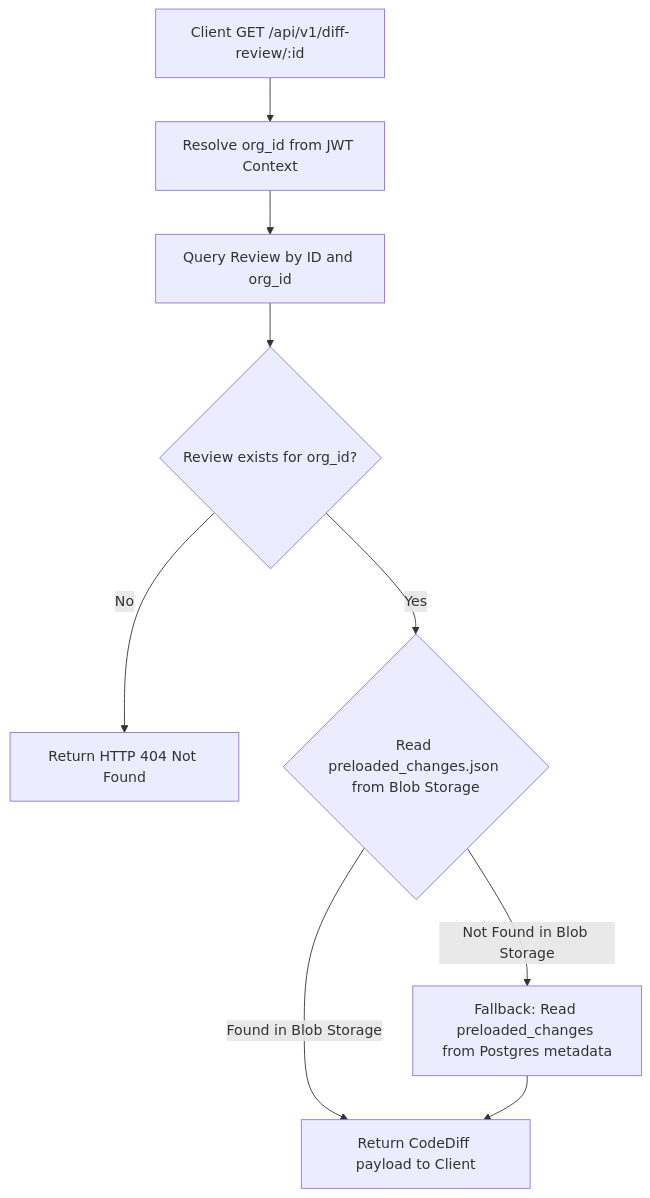
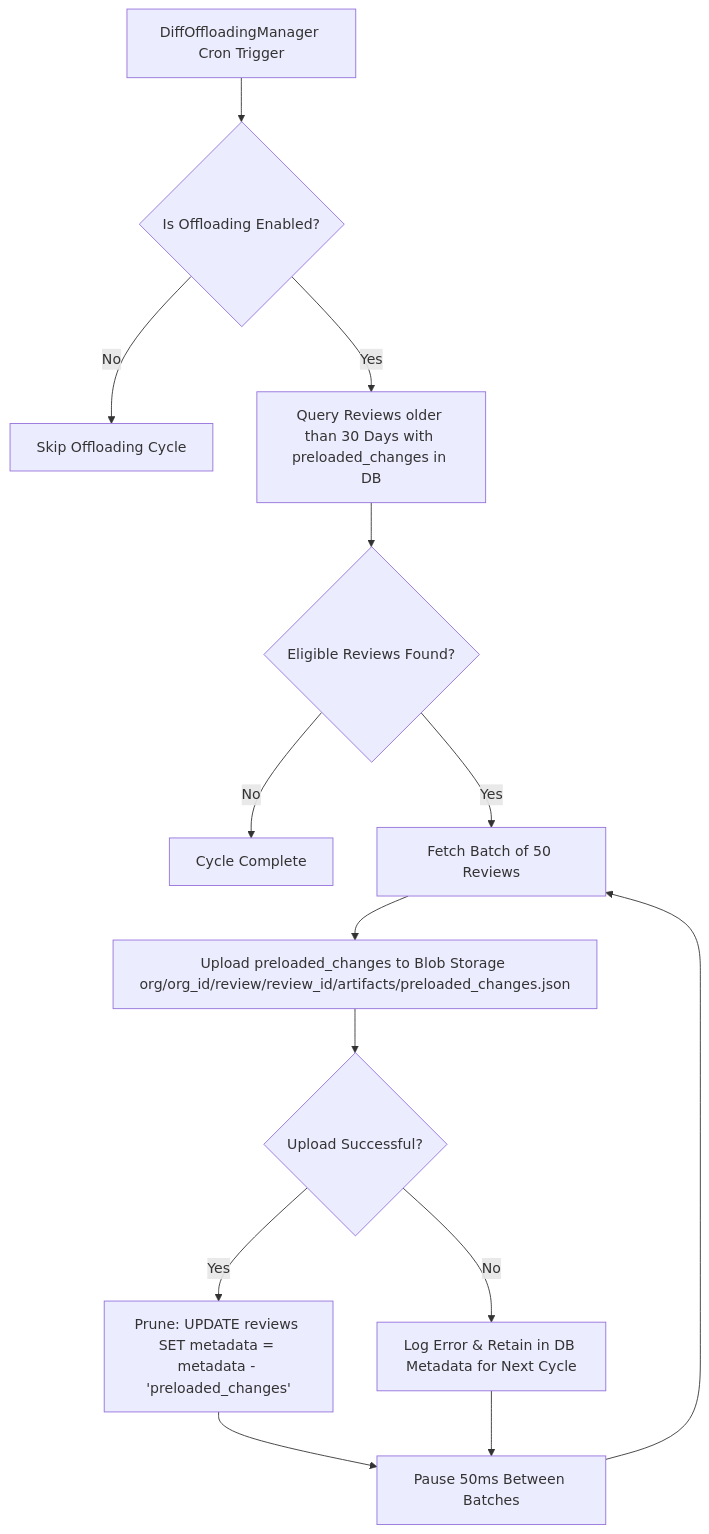
One commit to HexmosTech/LiveReview changed the third of 4 diagrams in docs/architecture/diff_storage_offloading.md. Above: the diagram before and after it, drawn with Mermaid. The commit also changed other lines of this file and 11 other files, not shown here.

Commit message:
Implement Diff Archival to Blob Storage

````diff
--- a/docs/architecture/diff_storage_offloading.md
+++ b/docs/architecture/diff_storage_offloading.md
@@ -68,11 +97,16 @@
 ```mermaid
 flowchart TD
-    A["Client GET /api/v1/diff-review/:id"] --> B["Resolve org_id from JWT Context"]
-    B --> C["Query Review by ID and org_id"]
-    C --> D{"Review exists for org_id?"}
-    D -- "No" --> E["Return HTTP 404 Not Found"]
-    D -- "Yes" --> F{"Read preloaded_changes.json from Blob Storage"}
-    F -- "Found in Blob Storage" --> G["Return CodeDiff payload to Client"]
-    F -- "Not Found in Blob Storage" --> H["Fallback: Read preloaded_changes from Postgres metadata"]
-    H --> G
+    A["DiffOffloadingManager Cron Trigger"] --> B{"Is Offloading Enabled?"}
+    B -- "No" --> C["Skip Offloading Cycle"]
+    B -- "Yes" --> D["Query Reviews older than 30 Days with preloaded_changes in DB"]
+    D --> E{"Eligible Reviews Found?"}
+    E -- "No" --> F["Cycle Complete"]
+    E -- "Yes" --> G["Fetch Batch of 50 Reviews"]
+    G --> H["Upload preloaded_changes to Blob Storage org/org_id/review/review_id/artifacts/preloaded_changes.json"]
+    H --> I{"Upload Successful?"}
+    I -- "Yes" --> J["Prune: UPDATE reviews SET metadata = metadata - 'preloaded_changes'"]
+    I -- "No" --> K["Log Error & Retain in DB Metadata for Next Cycle"]
+    J --> L["Pause 50ms Between Batches"]
+    K --> L
+    L --> G
 ```
````
